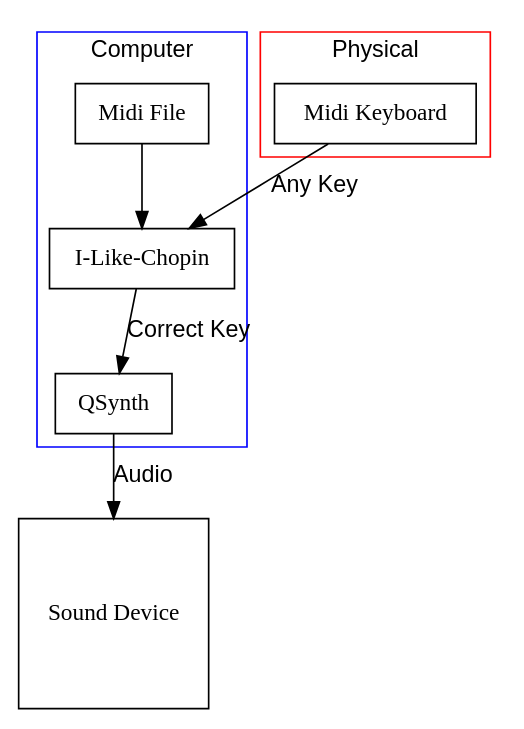
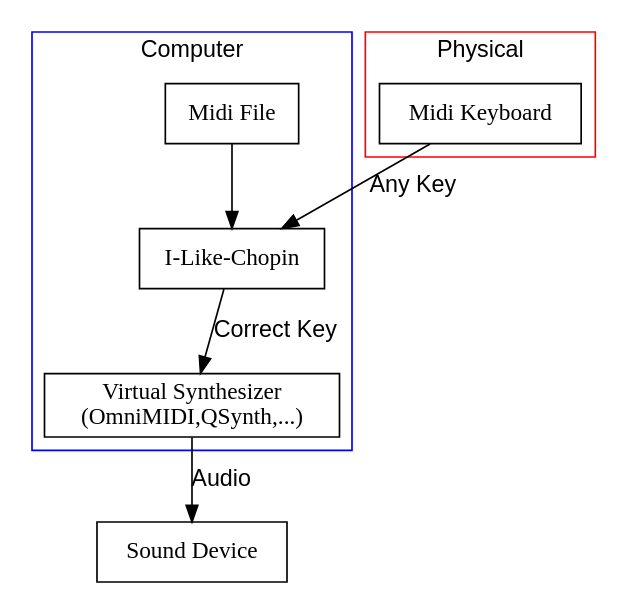
One commit to obook/I-like-Chopin changed the diagram in media/ILC.gv. Above: the diagram before and after it, drawn with Graphviz. The commit also changed 1 other file, not shown here.

```diff
--- a/media/ILC.gv
+++ b/media/ILC.gv
@@ -1,28 +1,28 @@
 digraph {
         splines=false;
         ranksep=0.5;
         fontname="Helvetica,Arial,sans-serif";
         node[shape=box, color=black, style=filled, fillcolor=white];
         edge [fontname="Helvetica,Arial,sans-serif", color=black];
 
         subgraph cluster_0 {
                 label = "Computer";
                 color=blue;
                 MIDIFILE [label="Midi File"];
                 ILC [label="I-Like-Chopin"];
-                QSYNTH [label="QSynth"];
+                SYNTH [label="Virtual Synthesizer\n(OmniMIDI,QSynth,...)"];
         }
 
         MIDIFILE -> ILC
-        ILC -> QSYNTH [label="Correct Key"];
+        ILC -> SYNTH [label="Correct Key"];
 
         subgraph cluster_1 {
                 label = "Physical";
                 color=red;
                 KEYBOARD[label="Midi Keyboard"];
         }
 
         KEYBOARD -> ILC [label="Any Key"];
-        SOUNDEVICE[label="Sound Device", shape=square];
-        QSYNTH -> SOUNDEVICE [label="Audio"];
+        SOUNDEVICE[label="Sound Device"];
+        SYNTH -> SOUNDEVICE [label="Audio"];
 }
```
